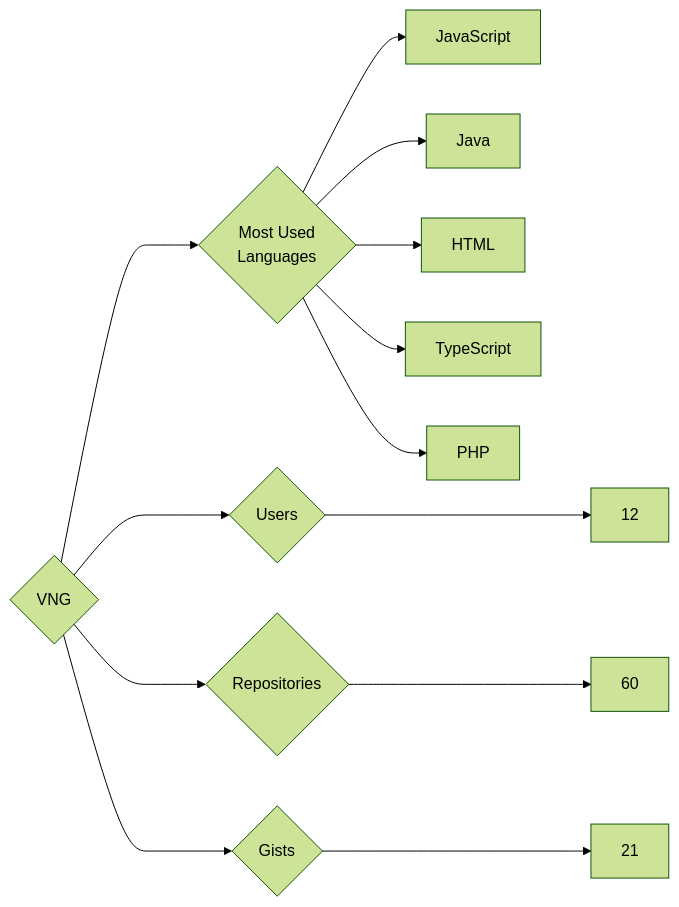
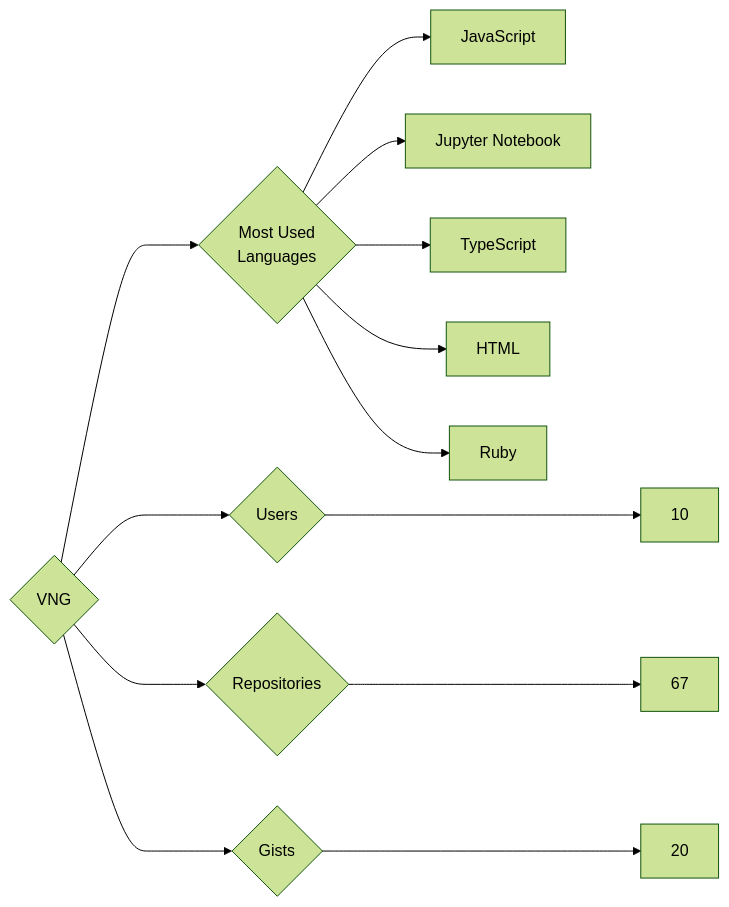
The diagram in targets/VNG/README.md (trickest/insiders), drawn with Mermaid (forest theme) before and after one commit. The commit also changed 815 other files, not shown here.

````diff
--- a/targets/VNG/README.md
+++ b/targets/VNG/README.md
@@ -3,13 +3,13 @@
 ```mermaid
 graph LR
 COMPANY_NAME{VNG}
-COMPANY_NAME ---> U{Users} ---> UN[12]
-COMPANY_NAME ---> R{Repositories} ---> RN[60]
-COMPANY_NAME ---> G{Gists} ---> GN[21]
+COMPANY_NAME ---> U{Users} ---> UN[10]
+COMPANY_NAME ---> R{Repositories} ---> RN[67]
+COMPANY_NAME ---> G{Gists} ---> GN[20]
 COMPANY_NAME ---> ML{Most Used<br>Languages}
 ML --> JavaScript[JavaScript]
-ML --> Java[Java]
+ML --> Jupyter_Notebook[Jupyter Notebook]
+ML --> TypeScript[TypeScript]
 ML --> HTML[HTML]
-ML --> TypeScript[TypeScript]
-ML --> PHP[PHP]
+ML --> Ruby[Ruby]
 ```
````
